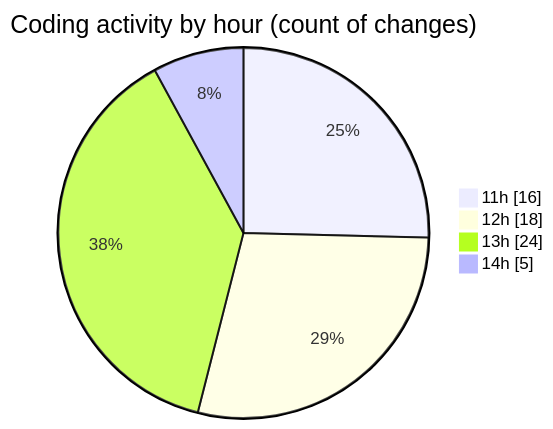
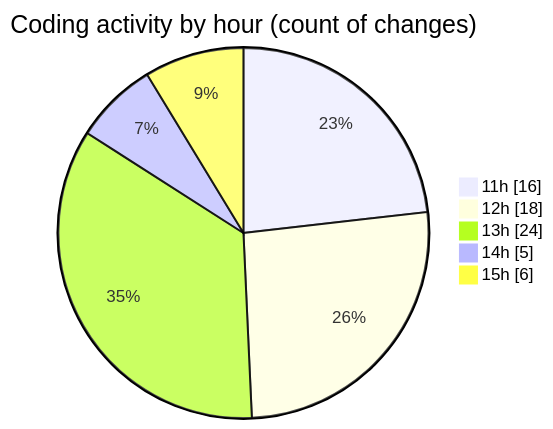
Before and after one commit to nxtqubesakshisongat/code-tracking: the second of 2 diagrams in 2025-10-01/nxtqube_webapp/README.md, drawn with Mermaid. The commit also changed other lines of this file and 1 other file, not shown here.

````diff
--- a/2025-10-01/nxtqube_webapp/README.md
+++ b/2025-10-01/nxtqube_webapp/README.md
@@ -31,8 +32,9 @@
 ```mermaid
 pie showData
 title Coding activity by hour (count of changes)
 "11h" : 16
 "12h" : 18
 "13h" : 24
 "14h" : 5
+"15h" : 6
 ```
````
